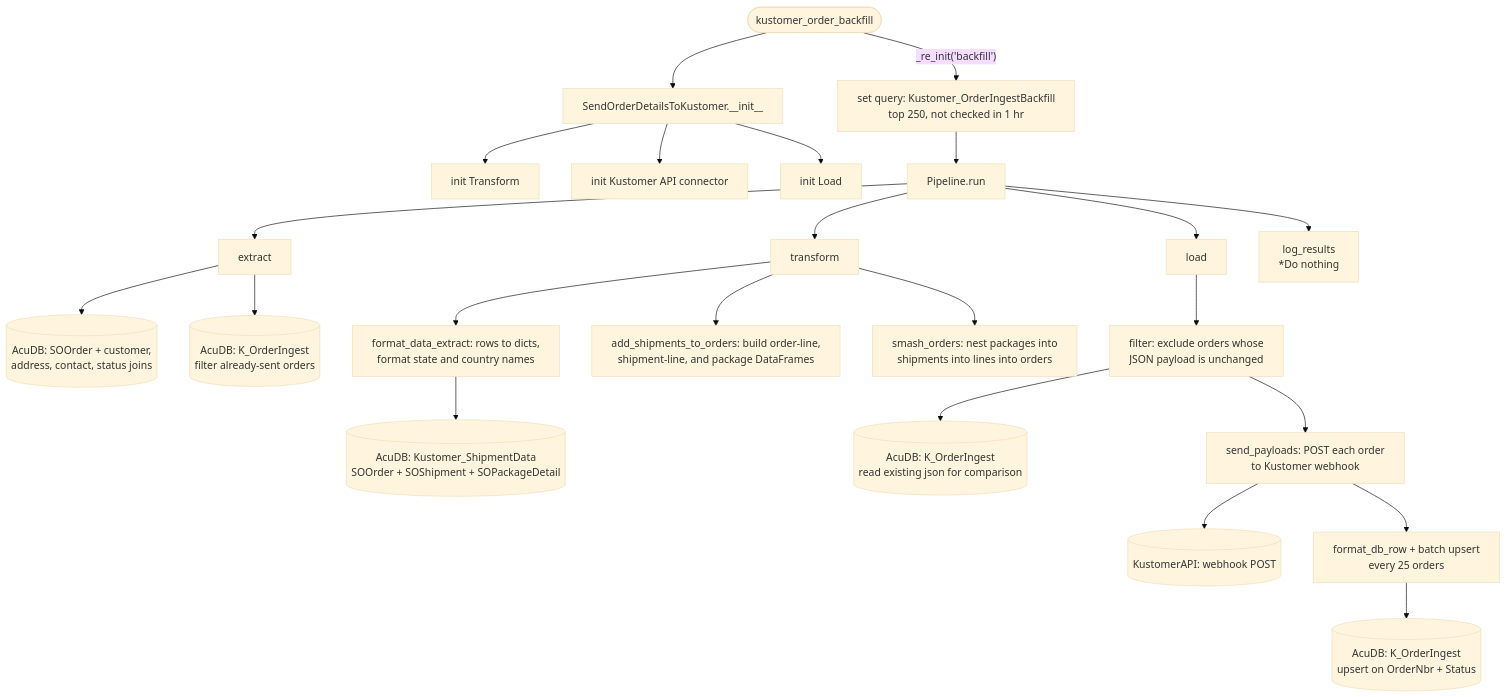
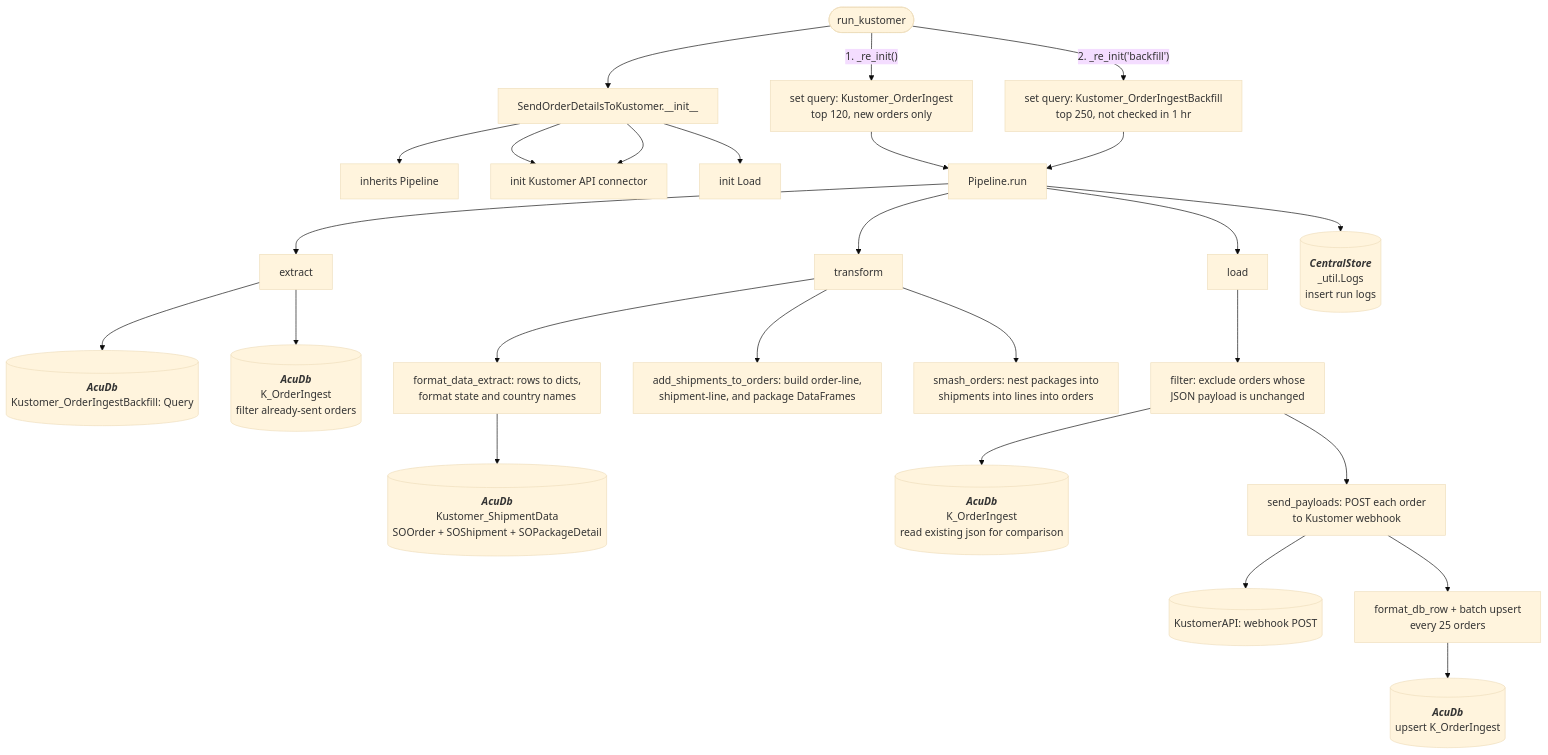
The diagram in docs/functions/kustomer_order_backfill.md (journeyhl/integration-platform), drawn with Mermaid (base theme) before and after one commit. The commit also changed other lines of this file and 42 other files, not shown here.

````diff
--- a/docs/functions/kustomer_order_backfill.md
+++ b/docs/functions/kustomer_order_backfill.md
@@ -17,30 +16,54 @@
 ```mermaid
 %%{init: {"flowchart": {"wrappingWidth": 400}}}%%
 flowchart TD
-    A([kustomer_order_backfill]) --> B[SendOrderDetailsToKustomer.__init__]
-    B --> B1[init Transform]
+    A([run_kustomer]) --> B[SendOrderDetailsToKustomer.__init__]
+    B --> B1[inherits Pipeline]
+    B --> B2[
+        self.transformer = Transform
+        self.api = Kustomer
+        self.loader = Load
+    ]
     B --> B2[init Kustomer API connector]
     B --> B3[init Load]
-    A -->|"_re_init('backfill')"| Q2[set query: Kustomer_OrderIngestBackfill<br/>top 250, not checked in 1 hr]
-    Q2 --> RUN[Pipeline.run]
+    A -->|"1. _re_init()"| Q1[set query: Kustomer_OrderIngest<br/>top 120, new orders only]
+    A -->|"2. _re_init('backfill')"| Q2[set query: Kustomer_OrderIngestBackfill<br/>top 250, not checked in 1 hr]
+    Q1 --> RUN[Pipeline.run]
+    Q2 --> RUN
 
     RUN --> EX[extract]
-    EX --> D1[(AcuDB: SOOrder + customer,<br/>address, contact, status joins)]
-    EX --> D2[(AcuDB: K_OrderIngest<br/>filter already-sent orders)]
+    EX --> D1[(
+        <b><i>AcuDb</i></b>
+        Kustomer_OrderIngestBackfill: Query
+    )]
+    EX --> D2[(
+        <b><i>AcuDb</i></b>
+        K_OrderIngest<br/>filter already-sent orders
+    )]
 
     RUN --> TR[transform]
     TR --> T1[format_data_extract: rows to dicts,<br/>format state and country names]
-    T1 --> D3[(AcuDB: Kustomer_ShipmentData<br/>SOOrder + SOShipment + SOPackageDetail)]
+    T1 --> D3[(
+        <b><i>AcuDb</i></b>
+        Kustomer_ShipmentData<br/>SOOrder + SOShipment + SOPackageDetail)]
     TR --> T2[add_shipments_to_orders: build order-line,<br/>shipment-line, and package DataFrames]
     TR --> T3[smash_orders: nest packages into<br/>shipments into lines into orders]
 
     RUN --> LD[load]
     LD --> LS1[filter: exclude orders whose<br/>JSON payload is unchanged]
-    LS1 --> D4[(AcuDB: K_OrderIngest<br/>read existing json for comparison)]
+    LS1 --> D4[(
+        <b><i>AcuDb</i></b>
+        K_OrderIngest<br/>read existing json for comparison
+    )]
     LS1 --> LS2[send_payloads: POST each order<br/>to Kustomer webhook]
     LS2 --> D5[(KustomerAPI: webhook POST)]
     LS2 --> LS3[format_db_row + batch upsert<br/>every 25 orders]
-    LS3 --> D6[(AcuDB: K_OrderIngest<br/>upsert on OrderNbr + Status)]
+    LS3 --> D6[(
+        <b><i>AcuDb</i></b>
+        upsert K_OrderIngest
+    )]
 
-    RUN --> LR[log_results<br/>*Do nothing]
+    RUN --> LOGS[(
+        <b><i>CentralStore</i></b>
+        _util.Logs<br/>insert run logs
+    )]
 ```
````
